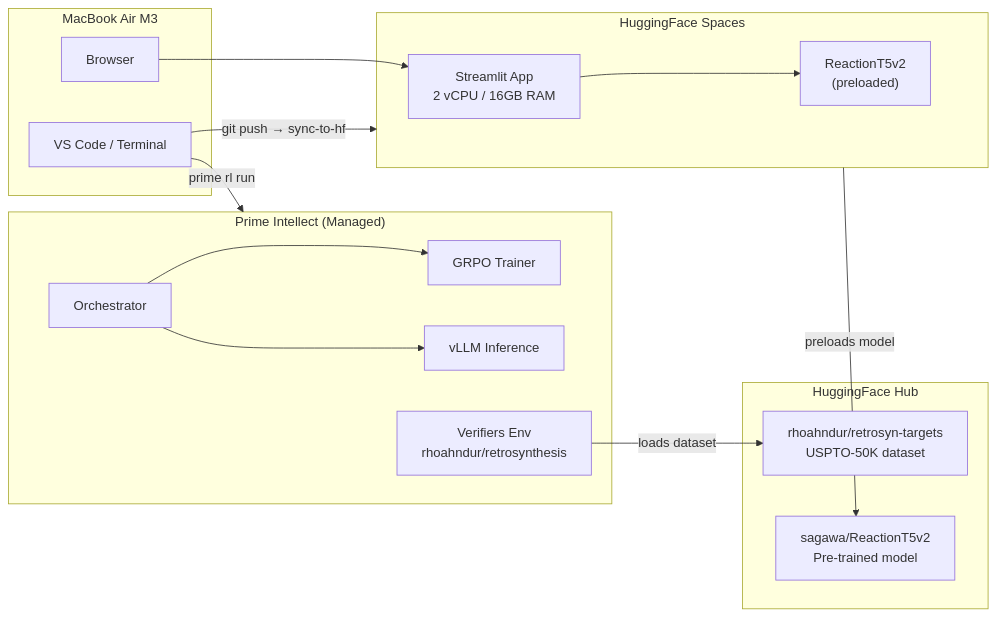
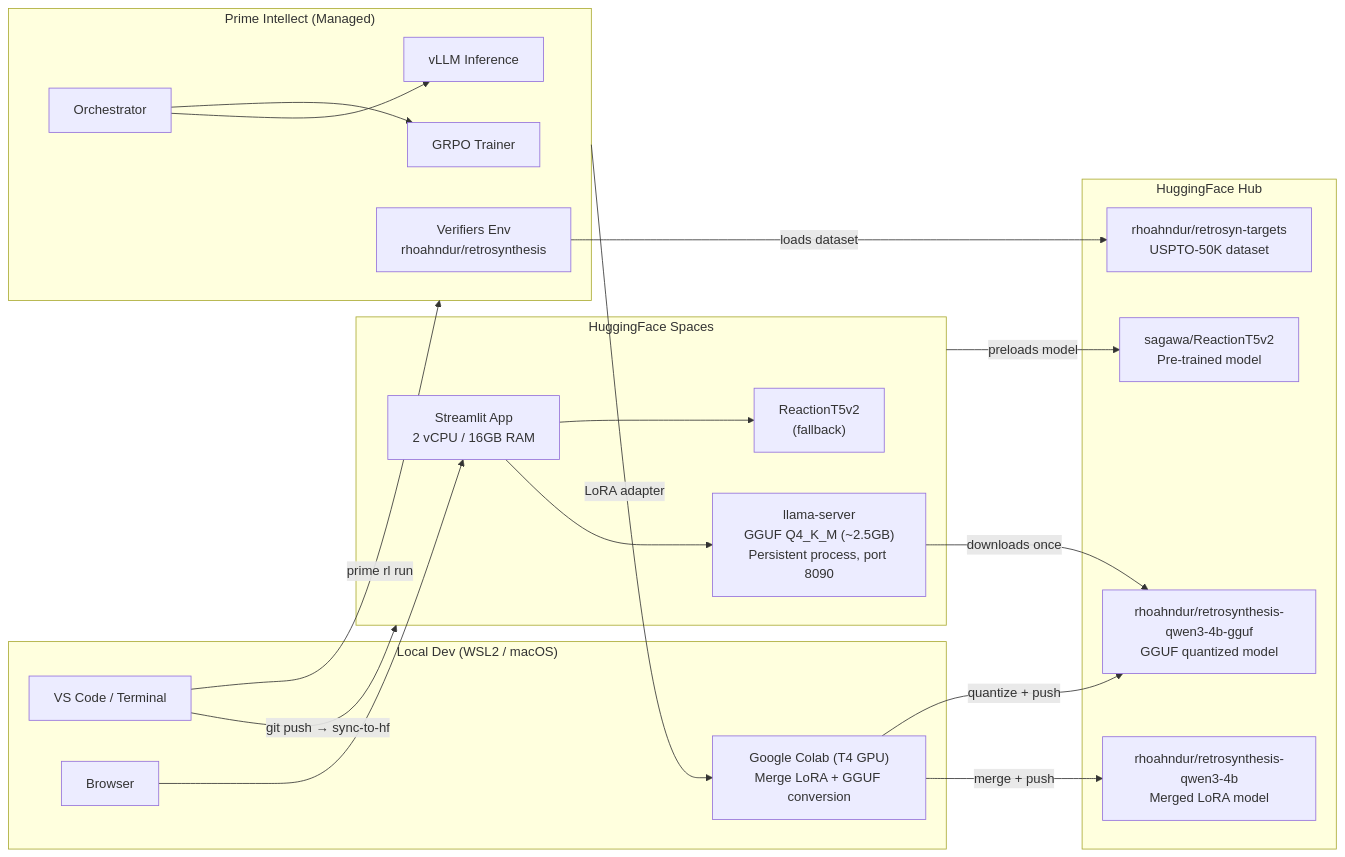
Before and after one commit to Rhoahndur/RL_RetroSynthesis: the eighth of 9 diagrams in ARCHITECTURE.md, drawn with Mermaid. The commit also changed other lines of this file, not shown here.

Commit message:
update architecture doc

````diff
--- a/ARCHITECTURE.md
+++ b/ARCHITECTURE.md
@@ -285,33 +329,42 @@
 ```mermaid
 graph LR
-    subgraph Local["MacBook Air M3"]
+    subgraph Local["Local Dev (WSL2 / macOS)"]
         DEV["VS Code / Terminal"]
         BROWSER["Browser"]
+        COLAB["Google Colab (T4 GPU)<br/>Merge LoRA + GGUF conversion"]
     end
 
     subgraph HFS["HuggingFace Spaces"]
         ST_PROD["Streamlit App<br/>2 vCPU / 16GB RAM"]
-        RT5_PROD["ReactionT5v2<br/>(preloaded)"]
+        LLAMA_PROD["llama-server<br/>GGUF Q4_K_M (~2.5GB)<br/>Persistent process, port 8090"]
+        RT5_PROD["ReactionT5v2<br/>(fallback)"]
     end
 
     subgraph PI["Prime Intellect (Managed)"]
         GRPO["GRPO Trainer"]
         VLLM["vLLM Inference"]
         ORCH["Orchestrator"]
         VERENV["Verifiers Env<br/>rhoahndur/retrosynthesis"]
     end
 
     subgraph HFHub["HuggingFace Hub"]
         DS["rhoahndur/retrosyn-targets<br/>USPTO-50K dataset"]
         MODEL["sagawa/ReactionT5v2<br/>Pre-trained model"]
+        GGUF_HUB["rhoahndur/retrosynthesis-qwen3-4b-gguf<br/>GGUF quantized model"]
+        MERGED["rhoahndur/retrosynthesis-qwen3-4b<br/>Merged LoRA model"]
     end
 
     DEV -->|"git push → sync-to-hf"| HFS
     BROWSER --> ST_PROD
+    ST_PROD --> LLAMA_PROD
     ST_PROD --> RT5_PROD
+    LLAMA_PROD -->|"downloads once"| GGUF_HUB
     DEV -->|"prime rl run"| PI
     ORCH --> VLLM
     ORCH --> GRPO
     VERENV -->|"loads dataset"| DS
     HFS -->|"preloads model"| MODEL
+    COLAB -->|"merge + push"| MERGED
+    COLAB -->|"quantize + push"| GGUF_HUB
+    PI -->|"LoRA adapter"| COLAB
 ```
````
